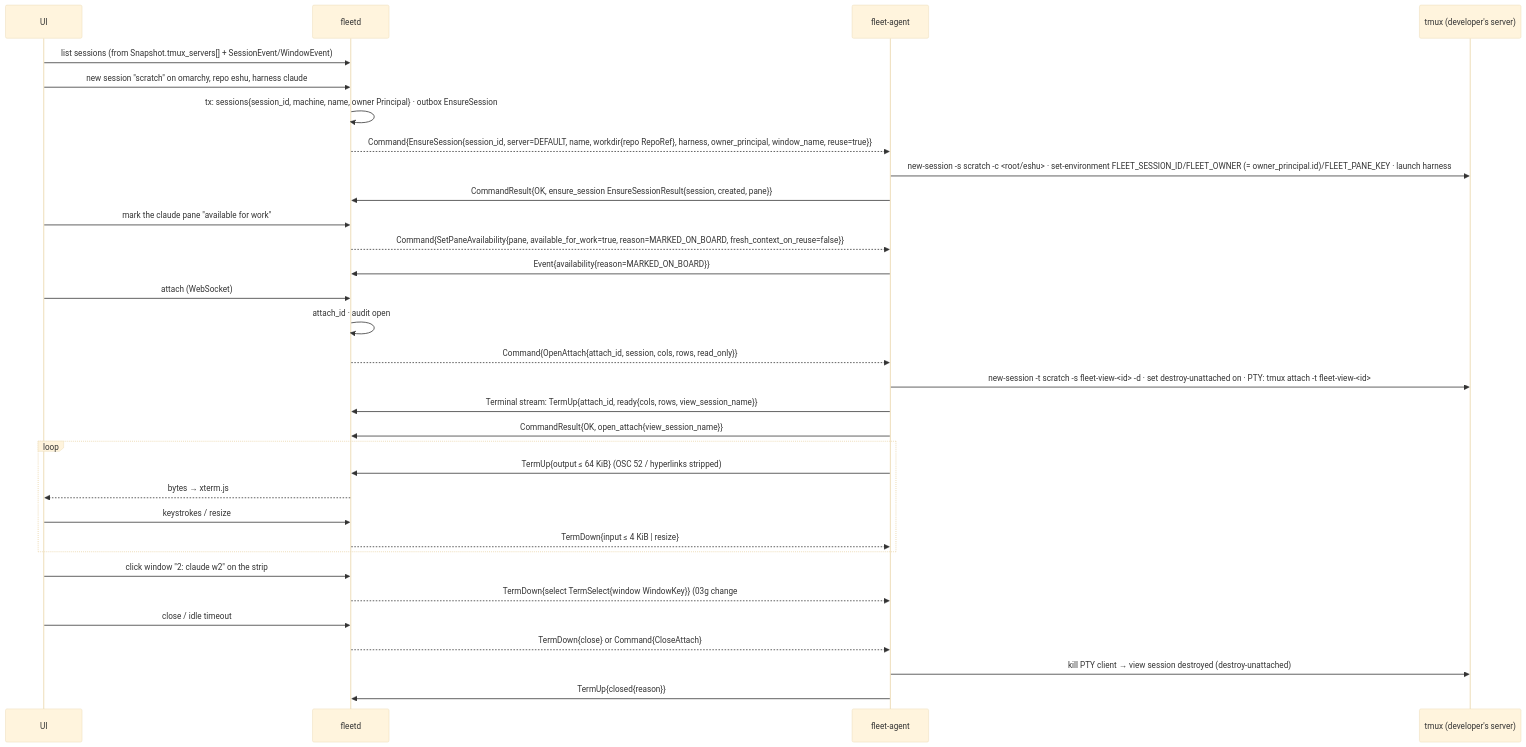
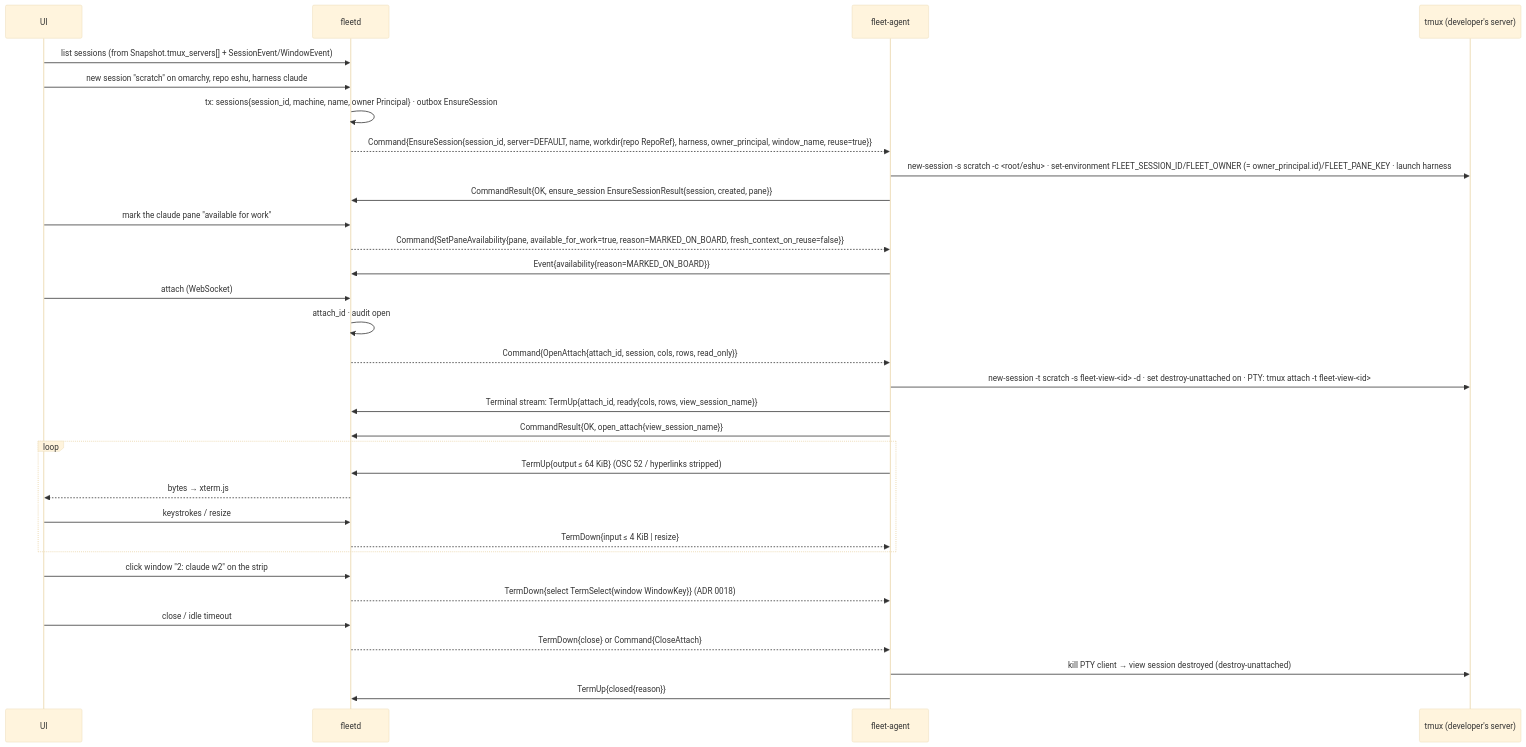
Before and after one commit to linuxdynasty/fleet-board: the fourth of 6 diagrams in docs/specs/03d-triage-sessions-logs.md, drawn with Mermaid (base theme). The commit also changed other lines of this file and 18 other files, not shown here.

````diff
--- a/docs/specs/03d-triage-sessions-logs.md
+++ b/docs/specs/03d-triage-sessions-logs.md
@@ -186,34 +186,34 @@
 ```mermaid
 sequenceDiagram
   participant U as UI
   participant H as fleetd
   participant A as fleet-agent
   participant T as tmux (developer's server)
   U->>H: list sessions (from Snapshot.tmux_servers[] + SessionEvent/WindowEvent)
   U->>H: new session "scratch" on omarchy, repo eshu, harness claude
   H->>H: tx: sessions{session_id, machine, name, owner Principal} · outbox EnsureSession
   H-->>A: Command{EnsureSession{session_id, server=DEFAULT, name, workdir{repo RepoRef}, harness, owner_principal, window_name, reuse=true}}
   A->>T: new-session -s scratch -c <root/eshu> · set-environment FLEET_SESSION_ID/FLEET_OWNER (= owner_principal.id)/FLEET_PANE_KEY · launch harness
   A->>H: CommandResult{OK, ensure_session EnsureSessionResult{session, created, pane}}
   U->>H: mark the claude pane "available for work"
   H-->>A: Command{SetPaneAvailability{pane, available_for_work=true, reason=MARKED_ON_BOARD, fresh_context_on_reuse=false}}
   A->>H: Event{availability{reason=MARKED_ON_BOARD}}
   U->>H: attach (WebSocket)
   H->>H: attach_id · audit open
   H-->>A: Command{OpenAttach{attach_id, session, cols, rows, read_only}}
   A->>T: new-session -t scratch -s fleet-view-<id> -d · set destroy-unattached on · PTY: tmux attach -t fleet-view-<id>
   A->>H: Terminal stream: TermUp{attach_id, ready{cols, rows, view_session_name}}
   A->>H: CommandResult{OK, open_attach{view_session_name}}
   loop
     A->>H: TermUp{output ≤ 64 KiB} (OSC 52 / hyperlinks stripped)
     H-->>U: bytes → xterm.js
     U->>H: keystrokes / resize
     H-->>A: TermDown{input ≤ 4 KiB | resize}
   end
   U->>H: click window "2: claude w2" on the strip
-  H-->>A: TermDown{select TermSelect{window WindowKey}} (03g change #2, applied)
+  H-->>A: TermDown{select TermSelect{window WindowKey}} (ADR 0018)
   U->>H: close / idle timeout
   H-->>A: TermDown{close} or Command{CloseAttach}
   A->>T: kill PTY client → view session destroyed (destroy-unattached)
   A->>H: TermUp{closed{reason}}
 ```
````
